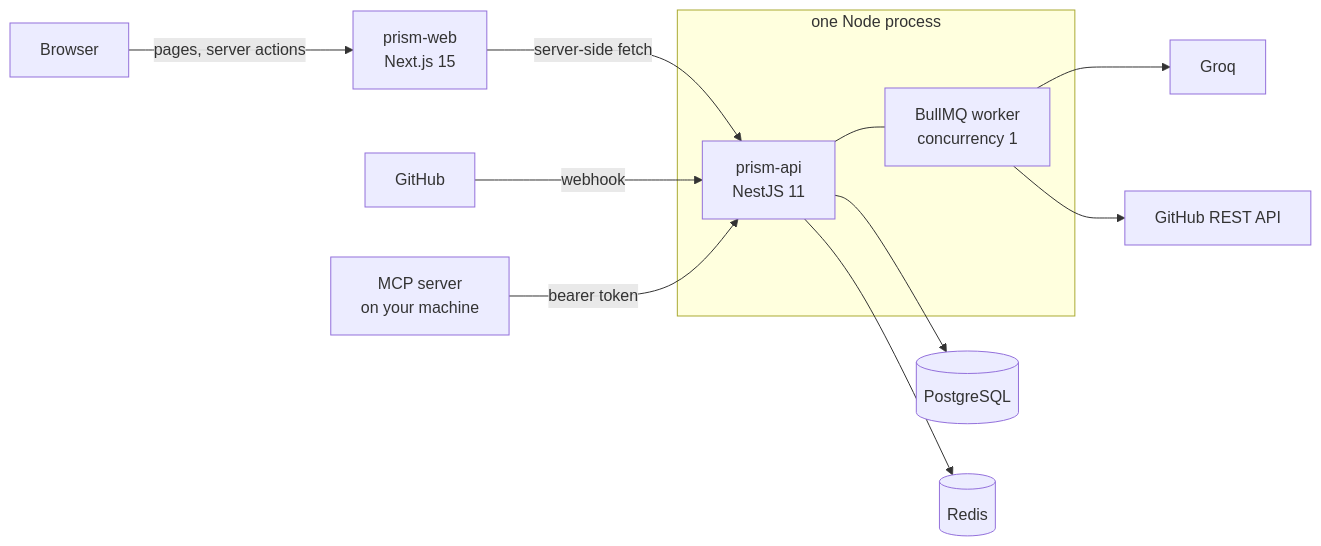
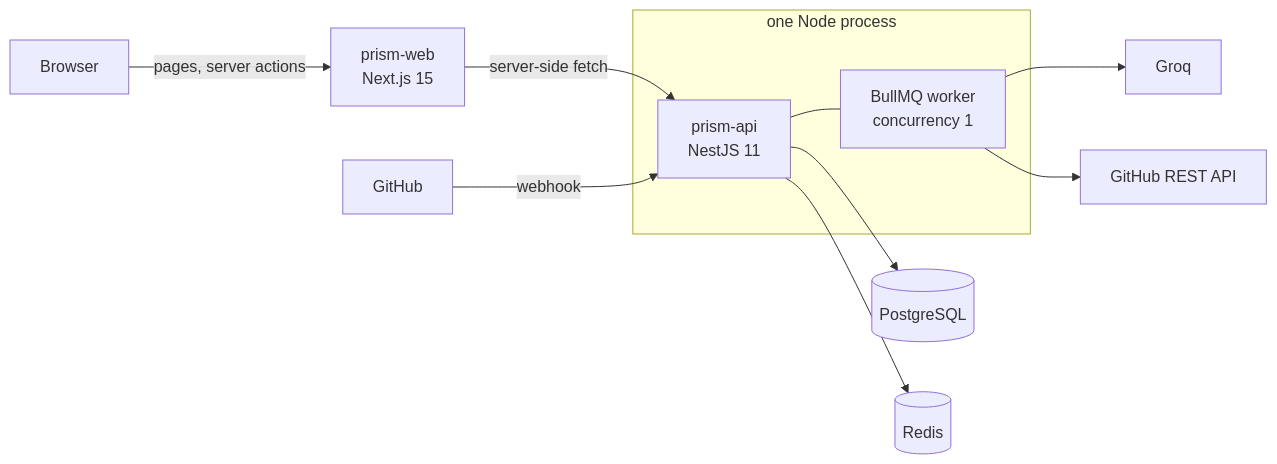
One commit to Muhammad-AIUB/PRISM changed the diagram in README.md. Above: the diagram before and after it, drawn with Mermaid. The commit also changed other lines of this file and 22 other files, not shown here.

First line of the commit message:
Remove the MCP server package and every reference to it

````diff
--- a/README.md
+++ b/README.md
@@ -63,14 +62,13 @@
 ```mermaid
 flowchart LR
     B[Browser] -->|pages, server actions| WEB[prism-web<br/>Next.js 15]
     WEB -->|server-side fetch| API[prism-api<br/>NestJS 11]
     GH[GitHub] -->|webhook| API
-    MCP[MCP server<br/>on your machine] -->|bearer token| API
     subgraph proc [one Node process]
         API --- Q[BullMQ worker<br/>concurrency 1]
     end
     API --> PG[(PostgreSQL)]
     API --> RD[(Redis)]
     Q --> GROQ[Groq]
     Q --> GHAPI[GitHub REST API]
 ```
````
